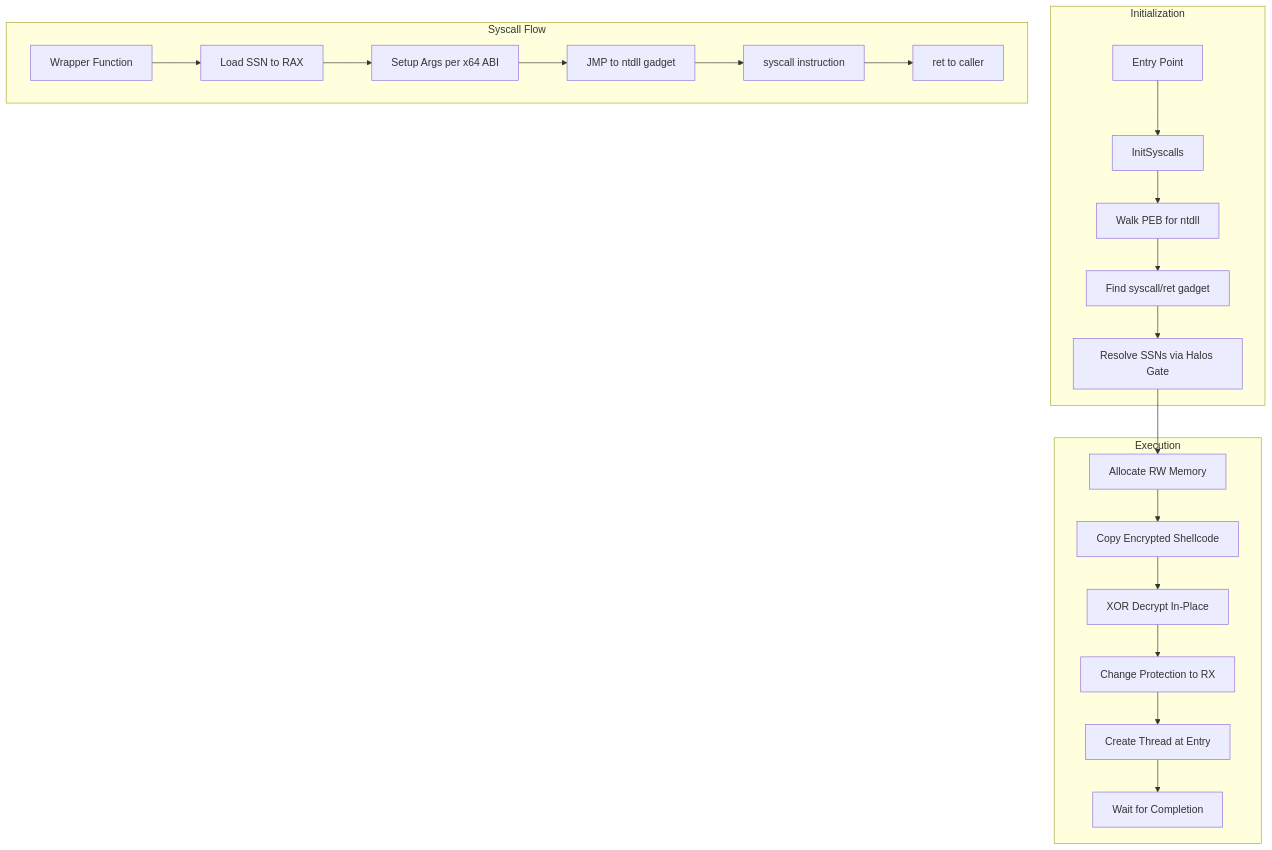
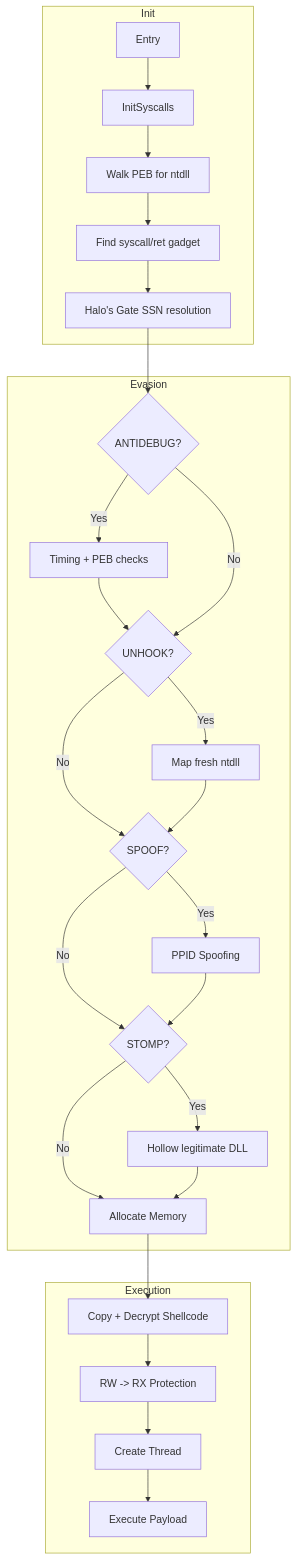
Before and after one commit to yt2w/shellcode-loader: the diagram in README.md, drawn with Mermaid. The commit also changed other lines of this file, not shown here.

Commit message:
Update README - all features documented, 17 syscalls, OPSEC notes

````diff
--- a/README.md
+++ b/README.md
@@ -20,26 +21,32 @@
 ```mermaid
 flowchart TD
-    subgraph Initialization
-        A[Entry Point] --> B[InitSyscalls]
+    subgraph Init
+        A[Entry] --> B[InitSyscalls]
         B --> C[Walk PEB for ntdll]
         C --> D[Find syscall/ret gadget]
-        D --> E[Resolve SSNs via Halos Gate]
+        D --> E[Halo's Gate SSN resolution]
+    end
+
+    subgraph Evasion
+        E --> F{ANTIDEBUG?}
+        F -->|Yes| G[Timing + PEB checks]
+        G --> H{UNHOOK?}
+        F -->|No| H
+        H -->|Yes| I[Map fresh ntdll]
+        H -->|No| J{SPOOF?}
+        I --> J
+        J -->|Yes| K[PPID Spoofing]
+        J -->|No| L{STOMP?}
+        K --> L
+        L -->|Yes| M[Hollow legitimate DLL]
+        L -->|No| N[Allocate Memory]
+        M --> N
     end
 
     subgraph Execution
-        E --> F[Allocate RW Memory]
-        F --> G[Copy Encrypted Shellcode]
-        G --> H[XOR Decrypt In-Place]
-        H --> I[Change Protection to RX]
-        I --> J[Create Thread at Entry]
-        J --> K[Wait for Completion]
-    end
-
-    subgraph Syscall Flow
-        L[Wrapper Function] --> M[Load SSN to RAX]
-        M --> N[Setup Args per x64 ABI]
-        N --> O[JMP to ntdll gadget]
-        O --> P[syscall instruction]
-        P --> Q[ret to caller]
+        N --> O[Copy + Decrypt Shellcode]
+        O --> P[RW -> RX Protection]
+        P --> Q[Create Thread]
+        Q --> R[Execute Payload]
     end
 ```
````
